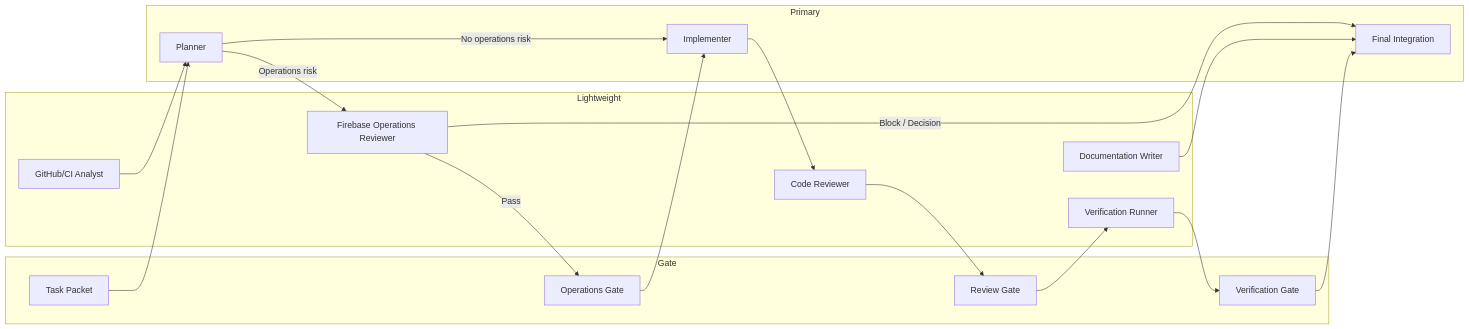
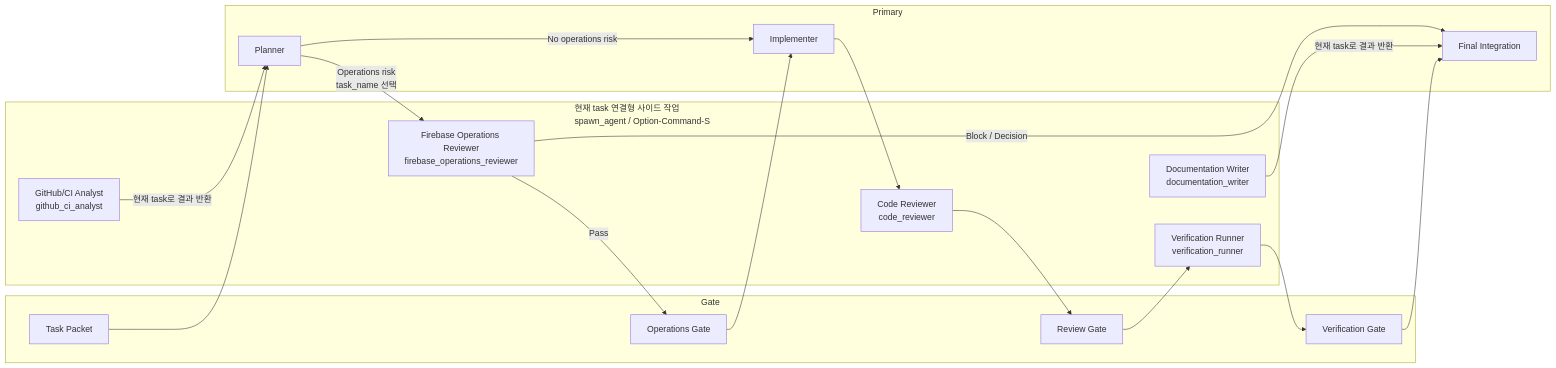
Before and after one commit to opficdev/DevLog_Firebase: the diagram in README.md, drawn with Mermaid. The commit also changed other lines of this file and 2 other files, not shown here.

Commit message:
[#39] Codex custom agent를 현재 task 연결형 사이드 작업으로 위임한다 (#41)
* docs: custom agent 연결형 위임 경로 구성

* docs: Task Packet 결과 반환 문구 정리

````diff
--- a/README.md
+++ b/README.md
@@ -15,37 +15,37 @@
 ```mermaid
 flowchart LR
 	subgraph Primary["Primary"]
 		Planner["Planner"]
 		Implementer["Implementer"]
 		Integrator["Final Integration"]
 	end
 
-	subgraph Lightweight["Lightweight"]
-		FirebaseOperationsReviewer["Firebase Operations Reviewer"]
-		CodeReviewer["Code Reviewer"]
-		VerificationRunner["Verification Runner"]
-		GitHubCIAnalyst["GitHub/CI Analyst"]
-		DocumentationWriter["Documentation Writer"]
+	subgraph ConnectedSideTasks["현재 task 연결형 사이드 작업<br/>spawn_agent / Option-Command-S"]
+		FirebaseOperationsReviewer["Firebase Operations Reviewer<br/>firebase_operations_reviewer"]
+		CodeReviewer["Code Reviewer<br/>code_reviewer"]
+		VerificationRunner["Verification Runner<br/>verification_runner"]
+		GitHubCIAnalyst["GitHub/CI Analyst<br/>github_ci_analyst"]
+		DocumentationWriter["Documentation Writer<br/>documentation_writer"]
 	end
 
 	subgraph Gate["Gate"]
 		TaskPacket["Task Packet"]
 		OperationsGate["Operations Gate"]
 		ReviewGate["Review Gate"]
 		VerificationGate["Verification Gate"]
 	end
 
 	TaskPacket --> Planner
 	Planner -->|"No operations risk"| Implementer
-	Planner -->|"Operations risk"| FirebaseOperationsReviewer
+	Planner -->|"Operations risk<br/>task_name 선택"| FirebaseOperationsReviewer
 	FirebaseOperationsReviewer -->|Pass| OperationsGate
 	FirebaseOperationsReviewer -->|Block / Decision| Integrator
 	OperationsGate --> Implementer
 	Implementer --> CodeReviewer
 	CodeReviewer --> ReviewGate
 	ReviewGate --> VerificationRunner
 	VerificationRunner --> VerificationGate
-	GitHubCIAnalyst --> Planner
-	DocumentationWriter --> Integrator
+	GitHubCIAnalyst -->|"현재 task로 결과 반환"| Planner
+	DocumentationWriter -->|"현재 task로 결과 반환"| Integrator
 	VerificationGate --> Integrator
 ```
````
